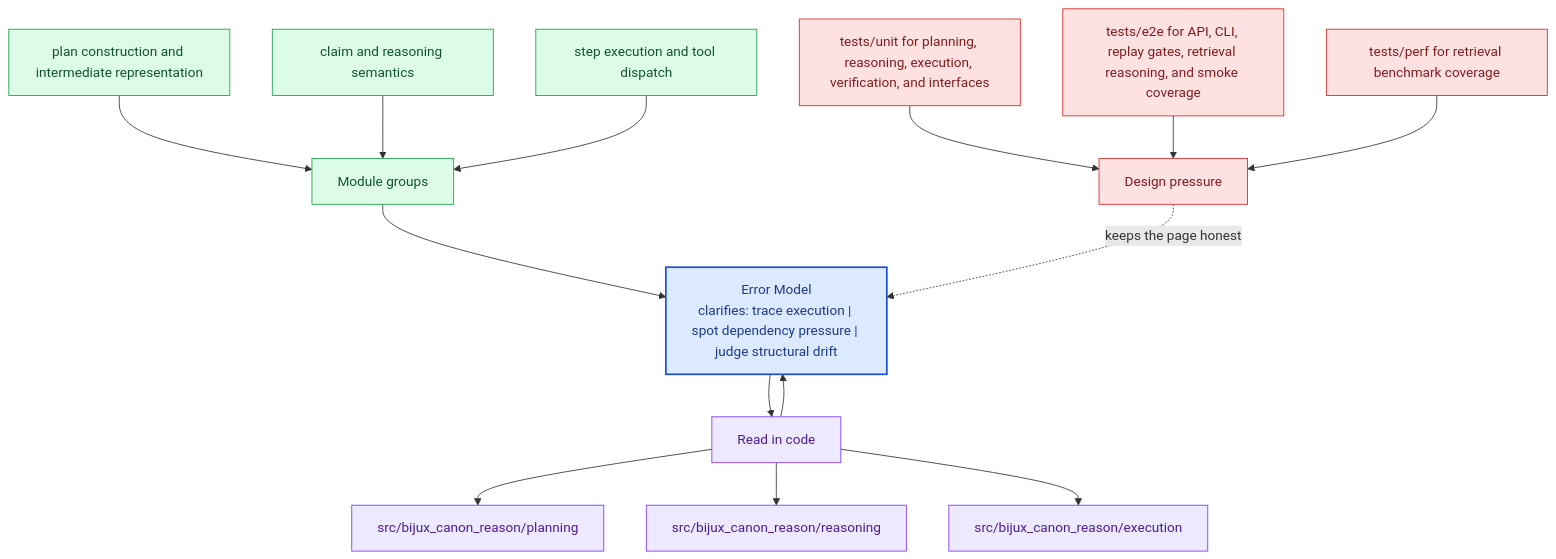
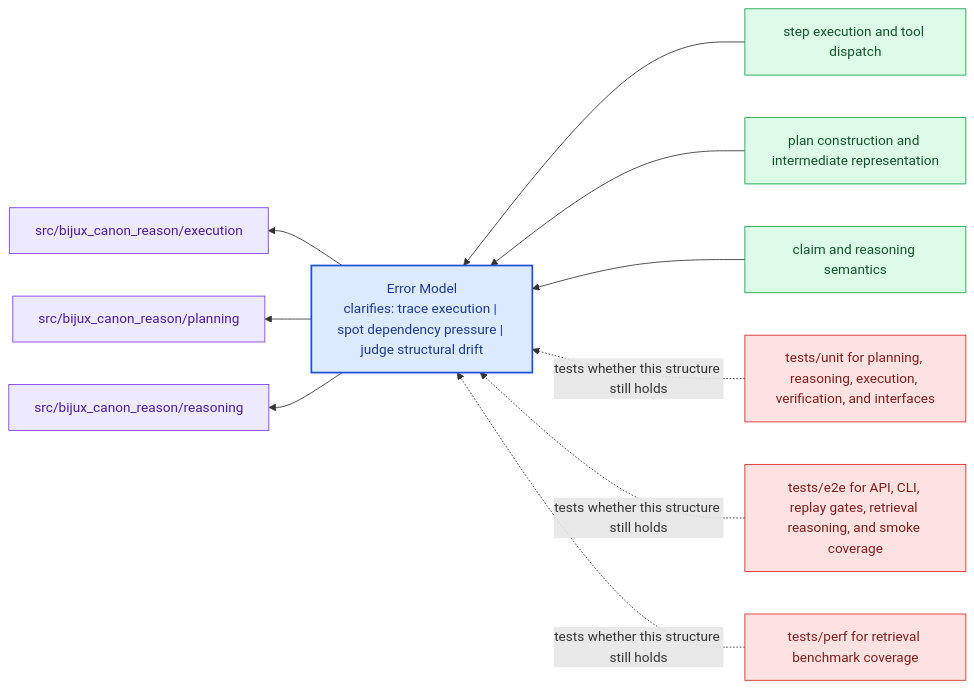
One commit to bijux/bijux-canon changed the diagram in docs/bijux-canon-reason/architecture/error-model.md. Above: the diagram before and after it, drawn with Mermaid. The commit also changed other lines of this file and 281 other files, not shown here.

Commit message:
docs(diagrams): replace repeated mermaid scaffolds with page-specific summaries

````diff
--- a/docs/bijux-canon-reason/architecture/error-model.md
+++ b/docs/bijux-canon-reason/architecture/error-model.md
@@ -68,40 +23,31 @@
 ```mermaid
-flowchart TB
-    promise["Error Model<br/>clarifies: trace execution | spot dependency pressure | judge structural drift"]
-    classDef promise fill:#dbeafe,stroke:#1d4ed8,color:#1e3a8a,stroke-width:2px;
-    classDef driver fill:#dcfce7,stroke:#16a34a,color:#14532d;
-    classDef constraint fill:#fee2e2,stroke:#dc2626,color:#7f1d1d;
-    classDef ground fill:#ede9fe,stroke:#7c3aed,color:#4c1d95;
-    focus1["Module groups"]
-    focus1 --> promise
-    focus1_1["plan construction and intermediate representation"]
-    focus1_1 --> focus1
-    focus1_2["claim and reasoning semantics"]
-    focus1_2 --> focus1
-    focus1_3["step execution and tool dispatch"]
-    focus1_3 --> focus1
-    class focus1 driver;
-    class focus1_1,focus1_2,focus1_3 driver;
-    focus2["Read in code"]
-    focus2 --> promise
-    promise --> focus2
-    focus2_1["src/bijux_canon_reason/planning"]
-    focus2 --> focus2_1
-    focus2_2["src/bijux_canon_reason/reasoning"]
-    focus2 --> focus2_2
-    focus2_3["src/bijux_canon_reason/execution"]
-    focus2 --> focus2_3
-    class focus2 ground;
-    class focus2_1,focus2_2,focus2_3 ground;
-    focus3["Design pressure"]
-    focus3 -.keeps the page honest.-> promise
-    focus3_1["tests/unit for planning, reasoning, execution, verification, and interfaces"]
-    focus3_1 --> focus3
-    focus3_2["tests/e2e for API, CLI, replay gates, retrieval reasoning, and smoke coverage"]
-    focus3_2 --> focus3
-    focus3_3["tests/perf for retrieval benchmark coverage"]
-    focus3_3 --> focus3
-    class focus3 constraint;
-    class focus3_1,focus3_2,focus3_3 constraint;
-    class promise promise;
+flowchart RL
+    page["Error Model<br/>clarifies: trace execution | spot dependency pressure | judge structural drift"]
+    classDef page fill:#dbeafe,stroke:#1d4ed8,color:#1e3a8a,stroke-width:2px;
+    classDef positive fill:#dcfce7,stroke:#16a34a,color:#14532d;
+    classDef caution fill:#fee2e2,stroke:#dc2626,color:#7f1d1d;
+    classDef anchor fill:#ede9fe,stroke:#7c3aed,color:#4c1d95;
+    classDef action fill:#fef3c7,stroke:#d97706,color:#7c2d12;
+    module1["step execution and tool dispatch"]
+    module1 --> page
+    module2["plan construction and intermediate representation"]
+    module2 --> page
+    module3["claim and reasoning semantics"]
+    module3 --> page
+    code1["src/bijux_canon_reason/execution"]
+    page --> code1
+    code2["src/bijux_canon_reason/planning"]
+    page --> code2
+    code3["src/bijux_canon_reason/reasoning"]
+    page --> code3
+    pressure1["tests/unit for planning, reasoning, execution, verification, and interfaces"]
+    pressure1 -.tests whether this structure still holds.-> page
+    pressure2["tests/e2e for API, CLI, replay gates, retrieval reasoning, and smoke coverage"]
+    pressure2 -.tests whether this structure still holds.-> page
+    pressure3["tests/perf for retrieval benchmark coverage"]
+    pressure3 -.tests whether this structure still holds.-> page
+    class page page;
+    class module1,module2,module3 positive;
+    class code1,code2,code3 anchor;
+    class pressure1,pressure2,pressure3 caution;
 ```
````
